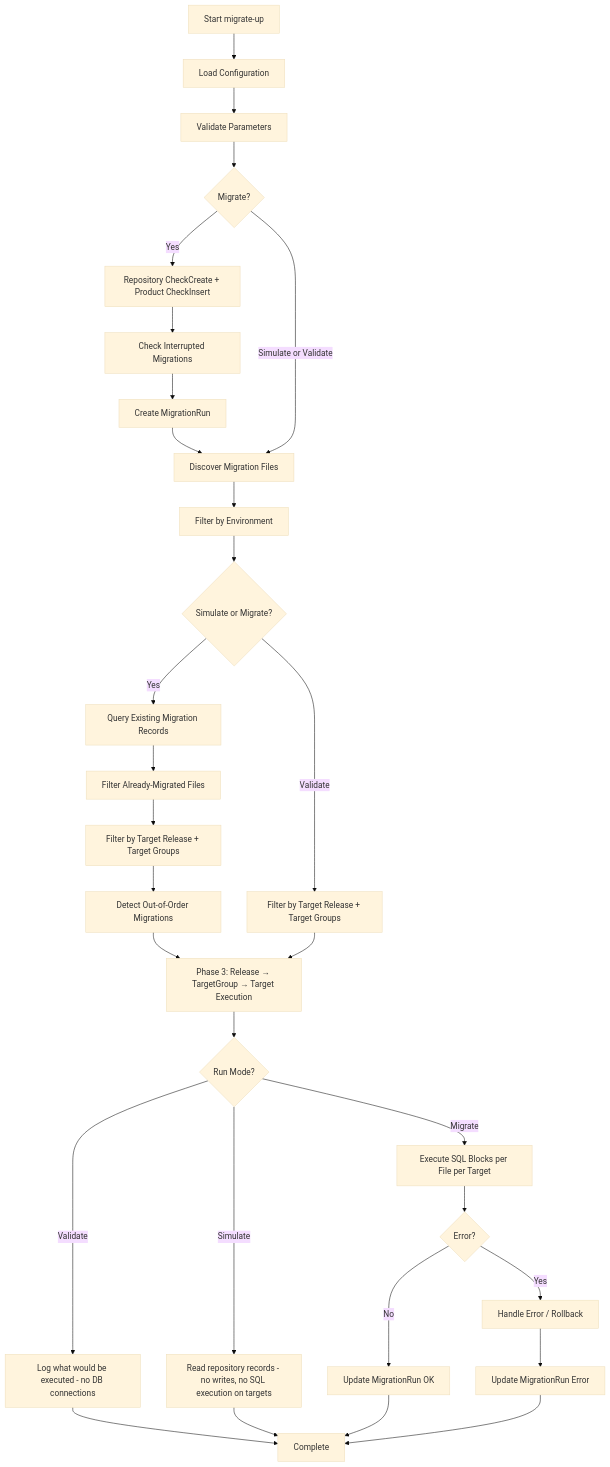
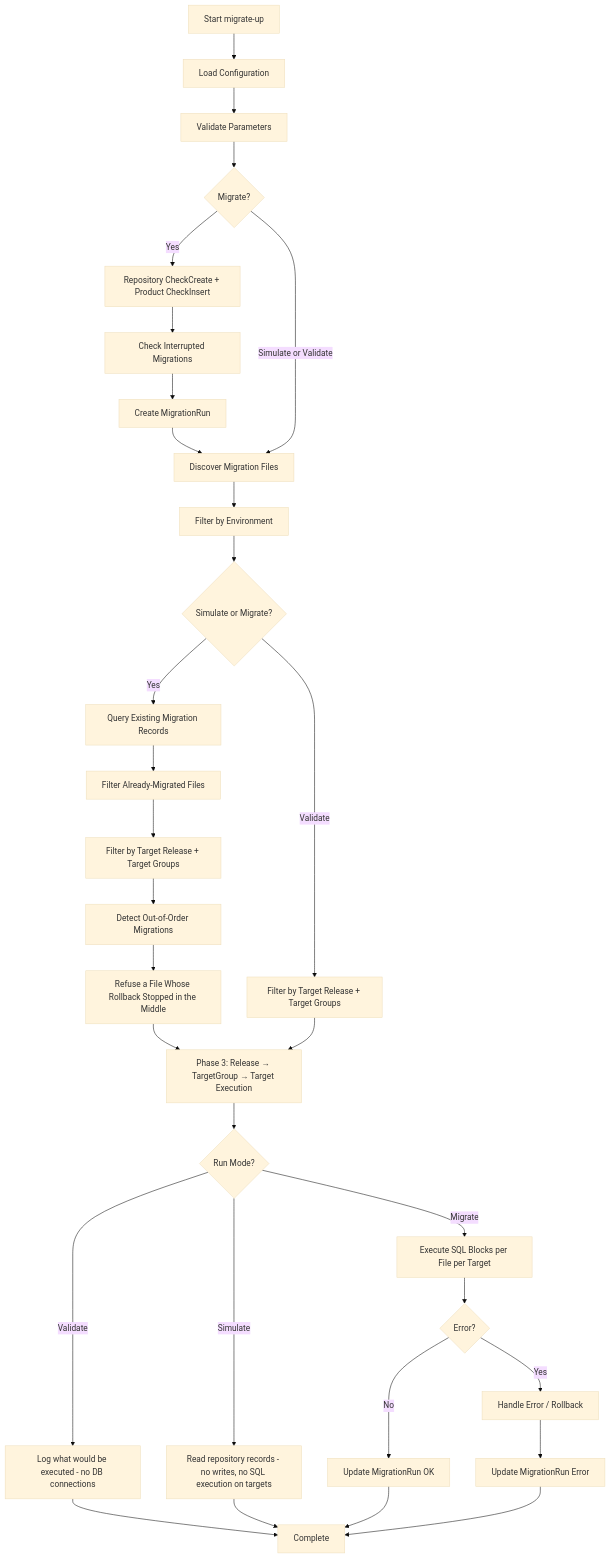
Before and after one commit to RAYCOON/RayMigrator: the diagram in Docs/08-cli-reference/migrate-up.md, drawn with Mermaid (base theme). The commit also changed other lines of this file and 136 other files, not shown here.

````diff
--- a/Docs/08-cli-reference/migrate-up.md
+++ b/Docs/08-cli-reference/migrate-up.md
@@ -149,32 +149,33 @@
 ```mermaid
 flowchart TD
     A[Start migrate-up] --> B[Load Configuration]
     B --> C[Validate Parameters]
     C --> C2{Migrate?}
     C2 -->|Yes| D[Repository CheckCreate + Product CheckInsert]
     D --> E[Check Interrupted Migrations]
     E --> F[Create MigrationRun]
     F --> G[Discover Migration Files]
     C2 -->|Simulate or Validate| G
     G --> H[Filter by Environment]
     H --> H2{Simulate or Migrate?}
     H2 -->|Yes| I[Query Existing Migration Records]
     I --> J[Filter Already-Migrated Files]
     J --> J2[Filter by Target Release + Target Groups]
     H2 -->|Validate| J2b[Filter by Target Release + Target Groups]
     J2 --> J3[Detect Out-of-Order Migrations]
-    J3 --> L[Phase 3: Release → TargetGroup → Target Execution]
+    J3 --> J4[Refuse a File Whose Rollback Stopped in the Middle]
+    J4 --> L[Phase 3: Release → TargetGroup → Target Execution]
     J2b --> L
     L --> L2{Run Mode?}
     L2 -->|Validate| L3[Log what would be executed - no DB connections]
     L2 -->|Simulate| M[Read repository records - no writes, no SQL execution on targets]
     L2 -->|Migrate| N[Execute SQL Blocks per File per Target]
     N --> O{Error?}
     O -->|No| P[Update MigrationRun OK]
     O -->|Yes| Q[Handle Error / Rollback]
     Q --> R[Update MigrationRun Error]
     L3 --> S[Complete]
     M --> S
     P --> S
     R --> S
 ```
````
